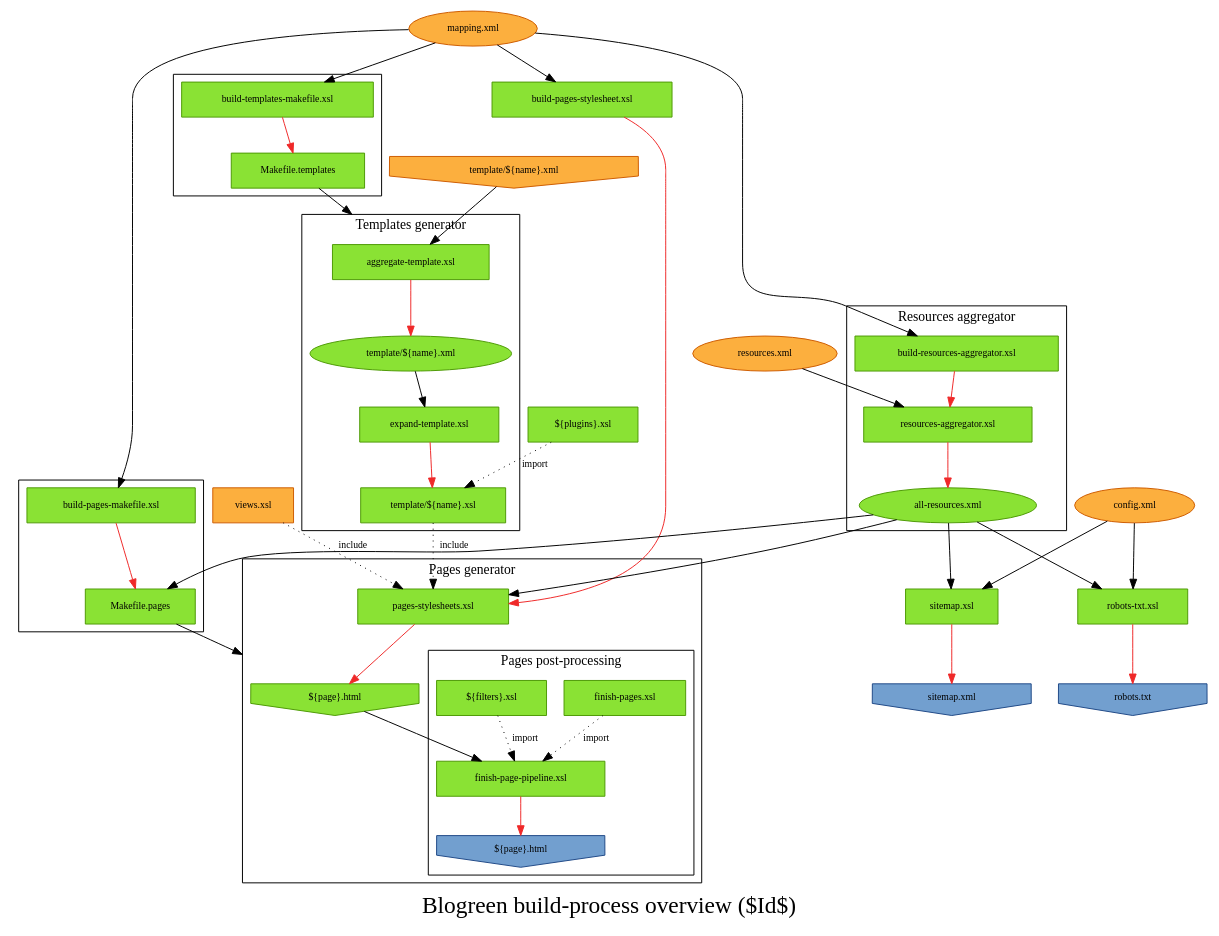
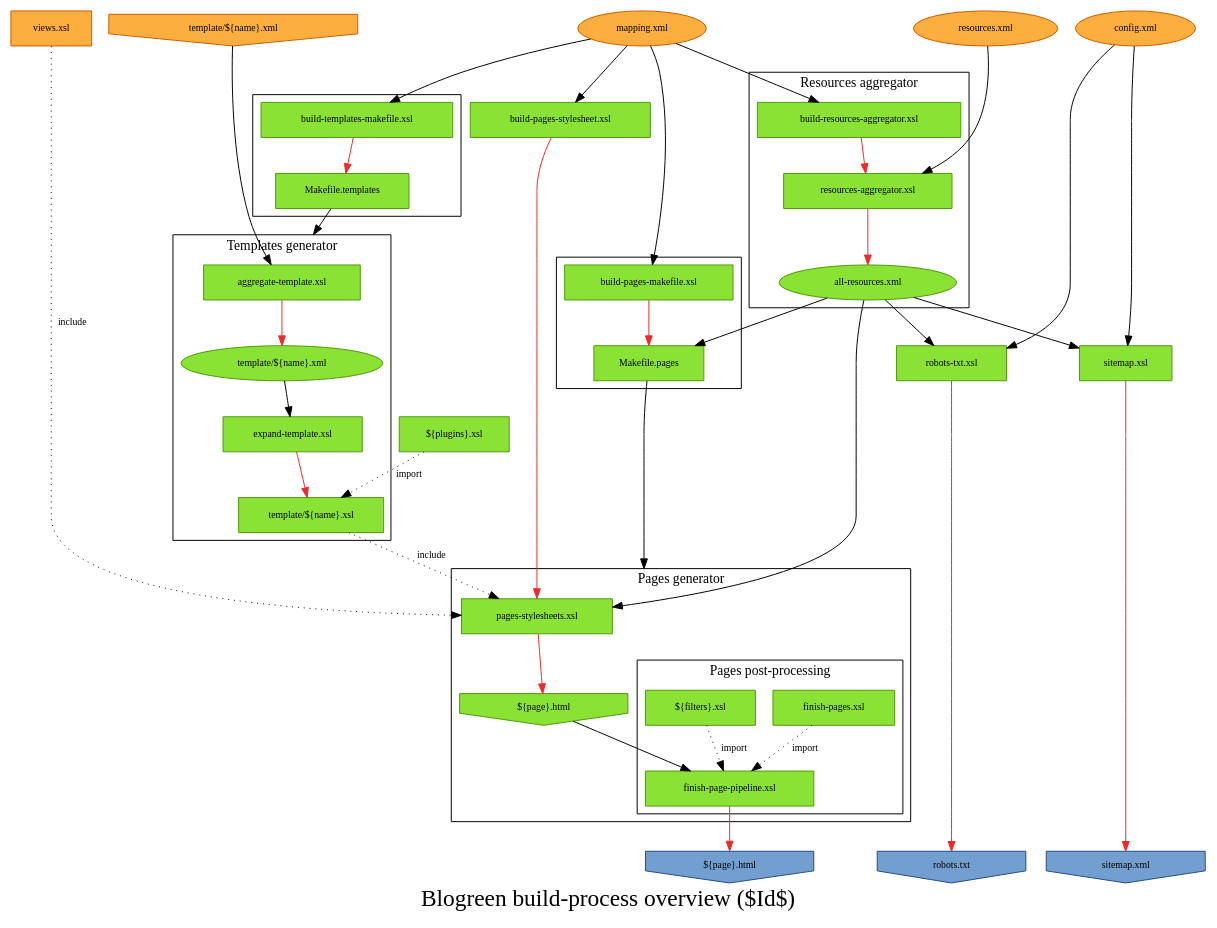
Before and after one commit to smortex/blogreen: the diagram in doc/blogreen.dot, drawn with Graphviz.

Commit message:
Display all input files and all generated files at the same level.
This dramatically enhances the graph readability.  More work is still needed to
make the .dot file easier to read and maintain though.

```diff
--- a/doc/blogreen.dot
+++ b/doc/blogreen.dot
@@ -1,116 +1,126 @@
 /*
  * Describe the global process of generating pages.
  */
 digraph Blogreen {
     compound=true;
     fontname=inconsolata;
     fontsize=14;
     node[fontname=inconsolata, fontsize=10, margin=".2, .1", style=filled, fillcolor="#8ae234", color="#4e9a06"];
     edge[fontname=inconsolata, fontsize=10];
 
     node[shape=box]
-    res		[label="resources.xml", shape=ellipse, fillcolor="#fcaf3e", color="#ce5c00", URL="http://blogreen.org/TR/Resources", tooltip="Resources Namespace"];
-    map		[label="mapping.xml",   shape=ellipse, fillcolor="#fcaf3e", color="#ce5c00", URL="http://blogreen.org/TR/Mapping",   tooltip="Mapping Namespace"];
-    config	[label="config.xml",    shape=ellipse, fillcolor="#fcaf3e", color="#ce5c00", URL="http://blogreen.org/TR/Config",    tooltip="Config Namespace"];
+
+    {
+	rank=same;
+	res		[label="resources.xml", shape=ellipse, fillcolor="#fcaf3e", color="#ce5c00", URL="http://blogreen.org/TR/Resources", tooltip="Resources Namespace"];
+	map		[label="mapping.xml",   shape=ellipse, fillcolor="#fcaf3e", color="#ce5c00", URL="http://blogreen.org/TR/Mapping",   tooltip="Mapping Namespace"];
+	config	[label="config.xml",    shape=ellipse, fillcolor="#fcaf3e", color="#ce5c00", URL="http://blogreen.org/TR/Config",    tooltip="Config Namespace"];
+	views	[label="views.xsl",			fillcolor="#fcaf3e", color="#ce5c00"];
+	srctmplxml		[label="template/${name}.xml", shape=invhouse, fillcolor="#fcaf3e", color="#ce5c00"];
+    }
 
     subgraph clusterPagesMakefile {
 	bpm		[label="build-pages-makefile.xsl"];
 	pm		[label="Makefile.pages"];
     }
 
     bps		[label="build-pages-stylesheet.xsl"];
 
     subgraph clusterTemplatesMakefile {
 	btm		[label="build-templates-makefile.xsl"];
 	tm		[label="Makefile.templates"];
     }
 
-    srctmplxml		[label="template/${name}.xml", shape=invhouse, fillcolor="#fcaf3e", color="#ce5c00"];
 
     subgraph clusterTemplates {
 	label = "Templates generator";
 	shape=box;
 	objtmplxml	[label="template/${name}.xml", shape=ellipse];
 	objtmplxsl	[label="template/${name}.xsl"];
 
 	at		[label="aggregate-template.xsl"];
 	et		[label="expand-template.xsl"];
 
 	at -> objtmplxml [color="#ef2929"];
 	objtmplxml -> et;
 	et -> objtmplxsl [color="#ef2929"];
     }
     srctmplxml -> at;
 
     plugins		[label="${plugins}.xsl"];
     plugins -> objtmplxsl [label=import, style=dotted];
 
     subgraph clusterResources {
 	ra		[label="resources-aggregator.xsl"];
 	bra		[label="build-resources-aggregator.xsl"];
 	allres		[label="all-resources.xml", shape=ellipse];
 
 	label = "Resources aggregator";
     }
 
     subgraph clusterPages {
 	ps		[label="pages-stylesheets.xsl"];
 	index		[label="${page}.html", shape=invhouse];
 
 	subgraph clusterFo {
 	    fp			[label="finish-pages.xsl"];
 	    filters		[label="${filters}.xsl"];
 	    fpp			[label="finish-page-pipeline.xsl"];
-	    pindex		[label="${page}.html", shape=invhouse, fillcolor="#729fcf", color="#204a87"];
 
 	    { fp; filters } -> fpp [label="import", style=dotted];
 
 	    label = "Pages post-processing";
 	}
 
 	index -> fpp;
 
 	label = "Pages generator";
     }
 
-    views		[label="views.xsl", fillcolor="#fcaf3e", color="#ce5c00"];
 
     tm -> at [lhead=clusterTemplates];
 
     map -> bra;
     res -> ra;
 
     map -> bps;
     allres -> ps;
     {views; objtmplxsl} -> ps [label=include, style=dotted];
 
     map -> bpm;
     allres -> pm;
 
     map -> btm;
 
     pm -> index [lhead=clusterPages];
 
     rs	[label="robots-txt.xsl"];
     r	[label="robots.txt", shape=invhouse, fillcolor="#729fcf", color="#204a87"];
     ss	[label="sitemap.xsl"];
     s	[label="sitemap.xml", shape=invhouse, fillcolor="#729fcf", color="#204a87"];
     config -> rs;
     allres -> rs;
     config -> ss;
     allres -> ss;
 
     {
 	edge[color="#ef2929"];
 	bra -> ra -> allres;
 	bps -> ps -> index;
 	bpm -> pm;
 	btm -> tm;
 	fpp -> pindex;
 	rs -> r;
 	ss -> s;
     }
 
+    {
+	rank=same;
+	s;
+	r;
+	pindex		[label="${page}.html", shape=invhouse, fillcolor="#729fcf", color="#204a87"];
+    }
+
     fontsize=24;
     label="Blogreen build-process overview ($Id$)";
 }
```
